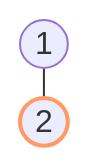
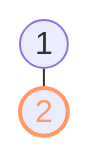
Before and after one commit to WestDRI/arc-training: diagram 14 of 32 in emacs/wb_ide_slides.qmd, drawn with Mermaid. The commit also changed other lines of this file, not shown here.

Commit message:
fix (more or less) all the mermaid diagrams that I had gone to poo due to new mermaid and quarto versions

````diff
--- a/emacs/wb_ide_slides.qmd
+++ b/emacs/wb_ide_slides.qmd
@@ -318,7 +336,8 @@
 ```{mermaid}
 %%| echo: false
-%%{init: { 'flowchart': {'rankSpacing':15} } }%%
+%%| fig-align: center
+%%{init: { 'flowchart': {'rankSpacing': 10} } }%%
 flowchart TD
    1((1))---2((2)):::current
-   classDef current stroke: #f96, stroke-width: 2px
+   classDef current stroke: #f96, stroke-width: 2px, color: #f96
 ```
````
